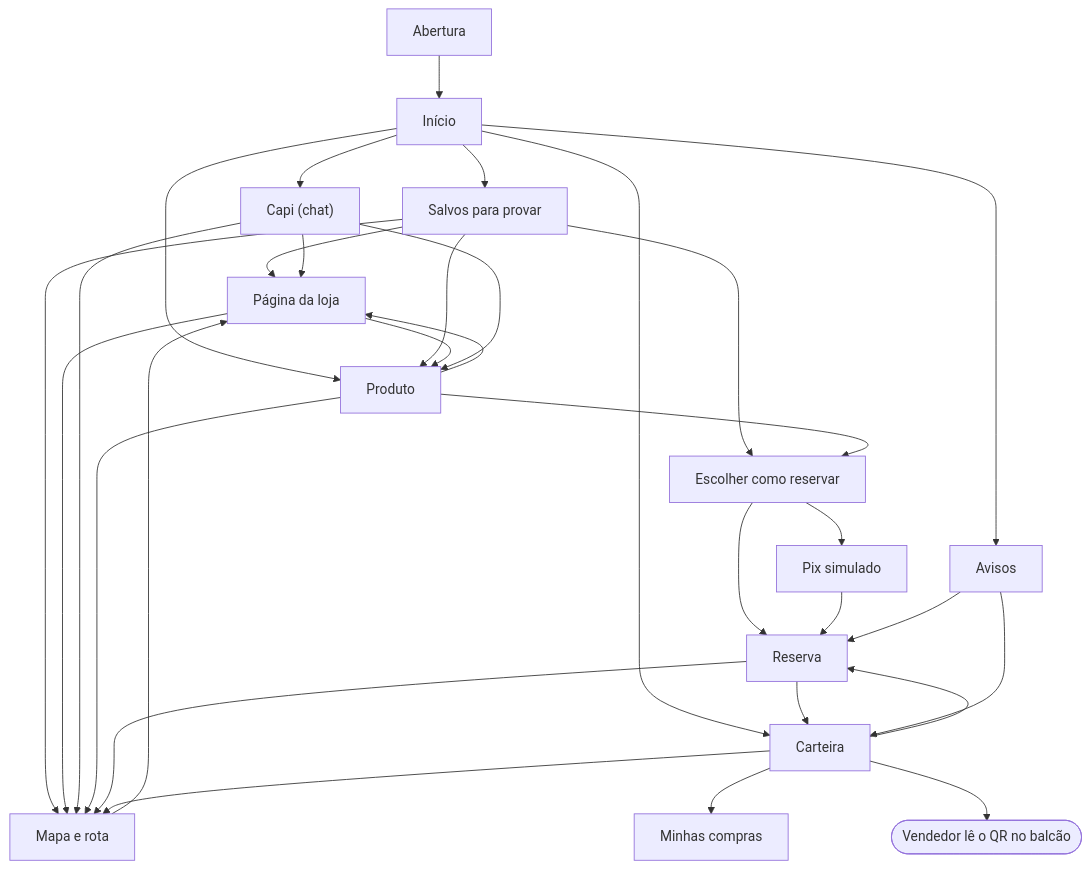
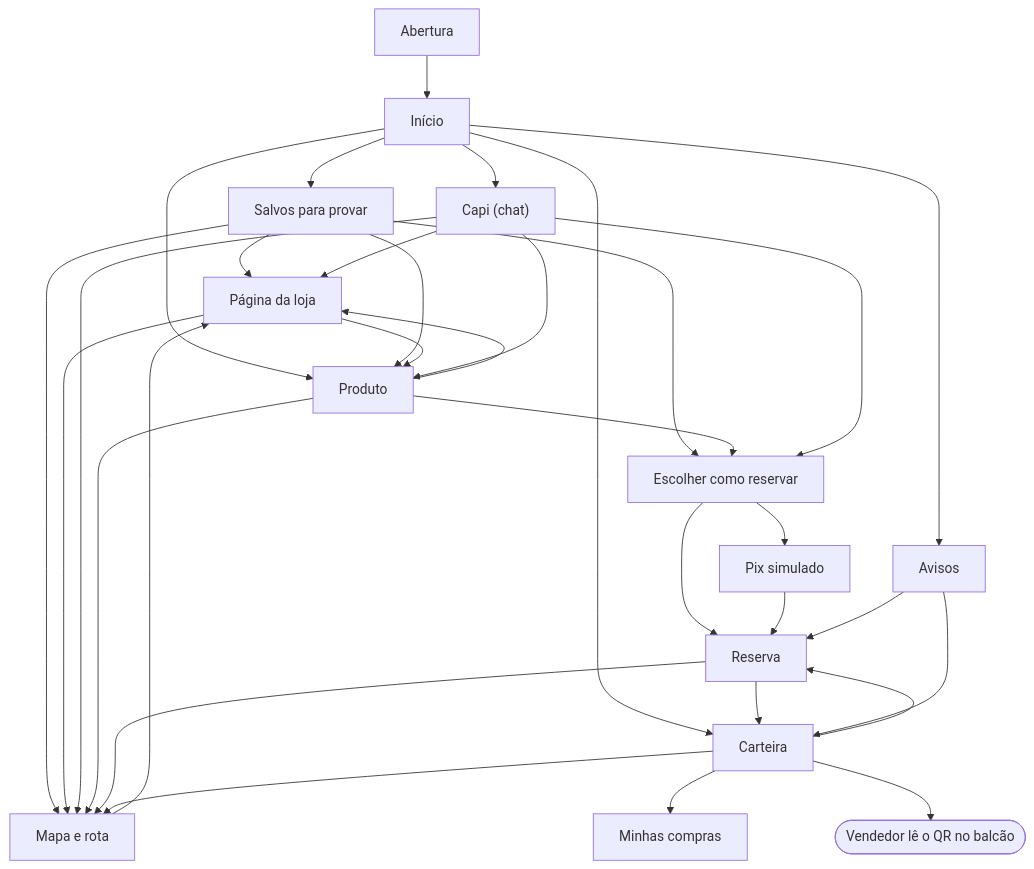
Before and after one commit to Gustavo16378/tyranitar-capim-dourado: the diagram in docs/telas.md, drawn with Mermaid. The commit also changed other lines of this file and 3 other files, not shown here.

Commit message:
docs: a Capi não reserva (o Reservar do cartão abre a folha), a reserva repetida é 409 e o Lojista escolhe a loja

````diff
--- a/docs/telas.md
+++ b/docs/telas.md
@@ -7,33 +7,34 @@
 ```mermaid
 flowchart TB
   abertura["Abertura"] --> inicio["Início"]
   inicio --> capi["Capi (chat)"]
   inicio --> produto["Produto"]
   inicio --> carteira["Carteira"]
   inicio --> salvos["Salvos para provar"]
   salvos --> produto
   salvos --> reservar
   salvos --> mapa
   salvos --> loja["Página da loja"]
   produto --> loja
   capi --> loja
   loja --> produto
   loja --> mapa
   mapa --> loja
   capi --> produto
   capi --> mapa["Mapa e rota"]
   produto --> reservar["Escolher como reservar"]
+  capi --> reservar
   produto --> mapa
   reservar --> pix["Pix simulado"]
   reservar --> reserva["Reserva"]
   pix --> reserva
   reserva --> mapa
   reserva --> carteira
   carteira --> reserva
   carteira --> mapa
   carteira --> compras["Minhas compras"]
   carteira --> balcao(["Vendedor lê o QR no balcão"])
   inicio --> avisos["Avisos"]
   avisos --> reserva
   avisos --> carteira
 ```
````
